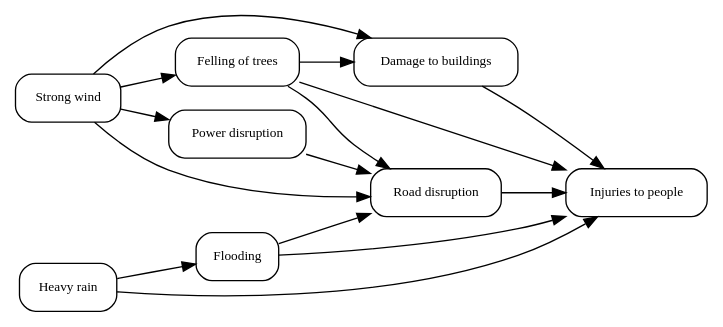
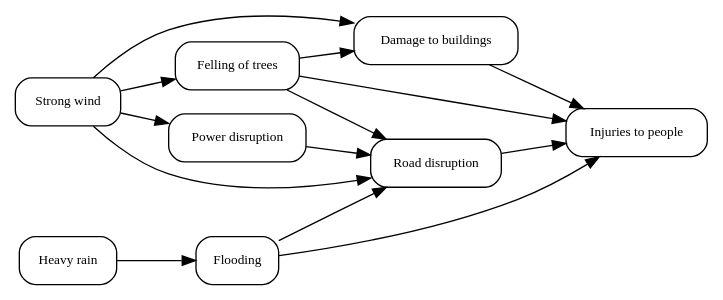
Before and after one commit to ujeong1/LLM-SocialMedia-Causality-WWW2026: the diagram in data/hurricane_irma/hurricane_irma_causal_graph.dot, drawn with Graphviz.

```diff
--- a/data/hurricane_irma/hurricane_irma_causal_graph.dot
+++ b/data/hurricane_irma/hurricane_irma_causal_graph.dot
@@ -1,19 +1,18 @@
 digraph HurricaneIrma_NOAA {
     rankdir=LR;
     node [shape=box, style=rounded, fontsize=10];
 
     "Strong wind" -> "Felling of trees";
     "Strong wind" -> "Damage to buildings";
     "Strong wind" -> "Power disruption";
     "Strong wind" -> "Road disruption";
     "Heavy rain" -> "Flooding";
-    "Heavy rain" -> "Injuries to people";
     "Flooding" -> "Injuries to people";
     "Flooding" -> "Road disruption";
     "Felling of trees" -> "Road disruption";
     "Felling of trees" -> "Injuries to people";
     "Felling of trees" -> "Damage to buildings";
     "Damage to buildings" -> "Injuries to people";
     "Power disruption" -> "Road disruption";
     "Road disruption" -> "Injuries to people";
 }
```
